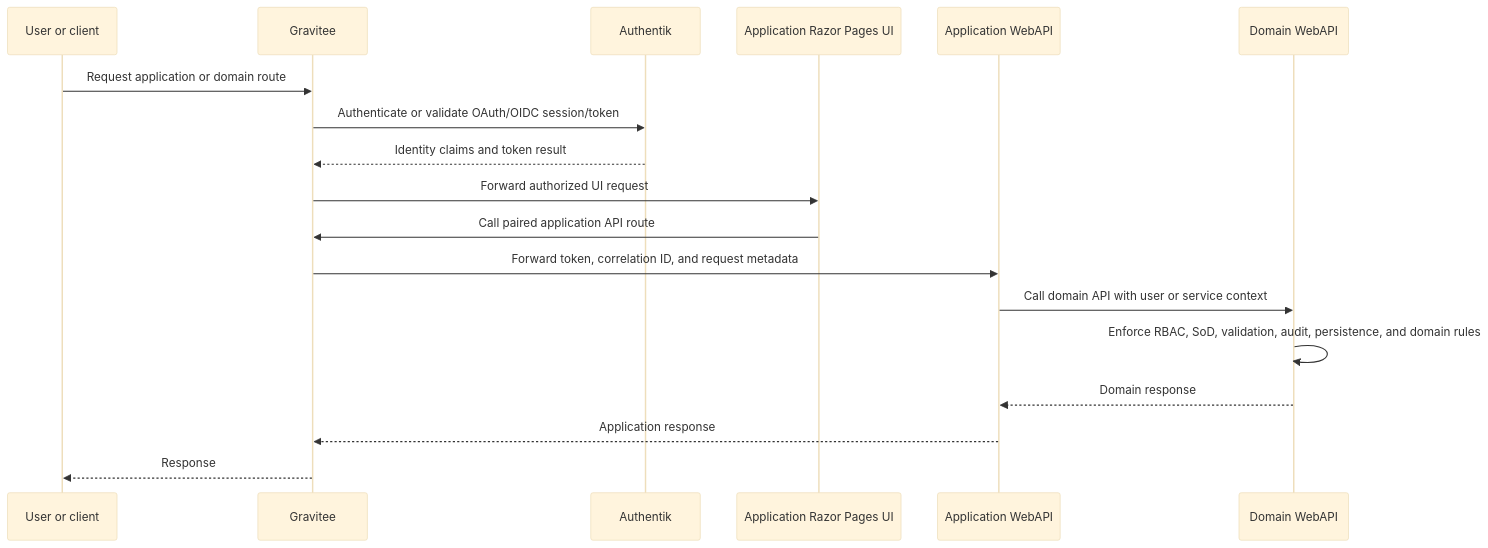
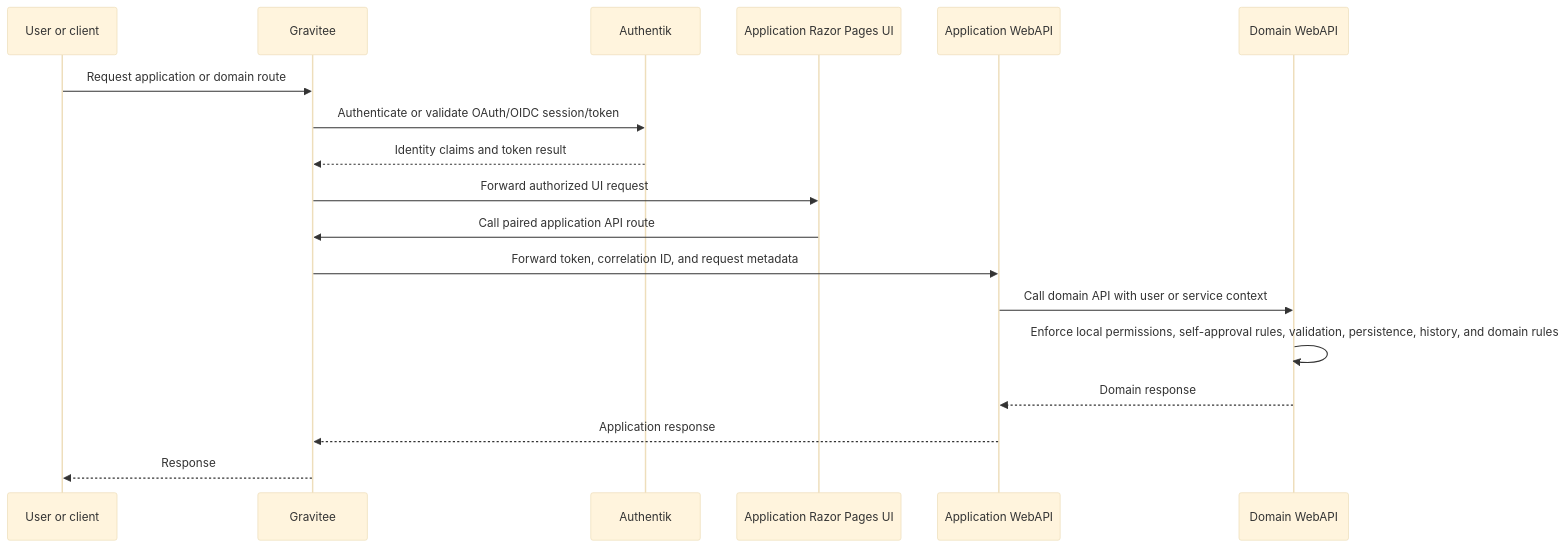
Before and after one commit to ben-cottrell/acme-erp: the diagram in docs/architecture/api-gateway-and-identity.md, drawn with Mermaid (base theme). The commit also changed other lines of this file and 29 other files, not shown here.

````diff
--- a/docs/architecture/api-gateway-and-identity.md
+++ b/docs/architecture/api-gateway-and-identity.md
@@ -18,21 +18,21 @@
 ```mermaid
 sequenceDiagram
     participant User as User or client
     participant Gateway as Gravitee
     participant IdP as Authentik
     participant UI as Application Razor Pages UI
     participant AppAPI as Application WebAPI
     participant DomainAPI as Domain WebAPI
 
     User->>Gateway: Request application or domain route
     Gateway->>IdP: Authenticate or validate OAuth/OIDC session/token
     IdP-->>Gateway: Identity claims and token result
     Gateway->>UI: Forward authorized UI request
     UI->>Gateway: Call paired application API route
     Gateway->>AppAPI: Forward token, correlation ID, and request metadata
     AppAPI->>DomainAPI: Call domain API with user or service context
-    DomainAPI->>DomainAPI: Enforce RBAC, SoD, validation, audit, persistence, and domain rules
+    DomainAPI->>DomainAPI: Enforce local permissions, self-approval rules, validation, persistence, history, and domain rules
     DomainAPI-->>AppAPI: Domain response
     AppAPI-->>Gateway: Application response
     Gateway-->>User: Response
 ```
````
